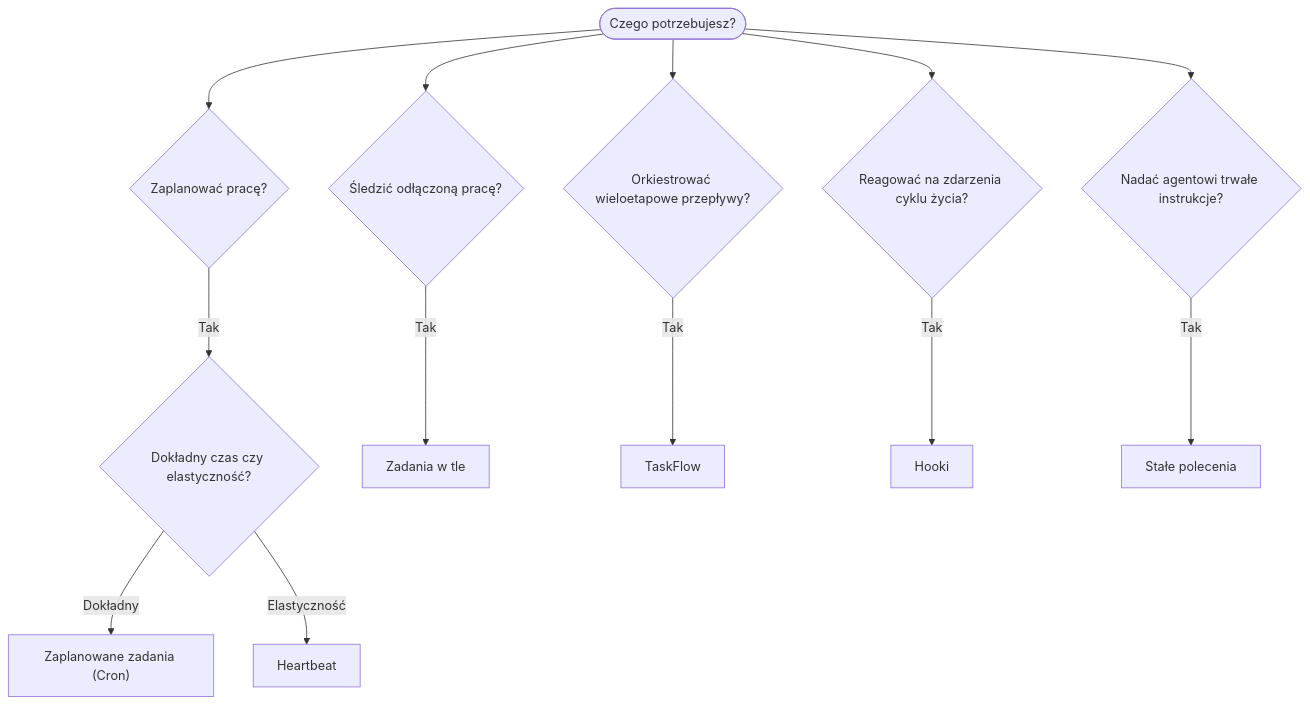
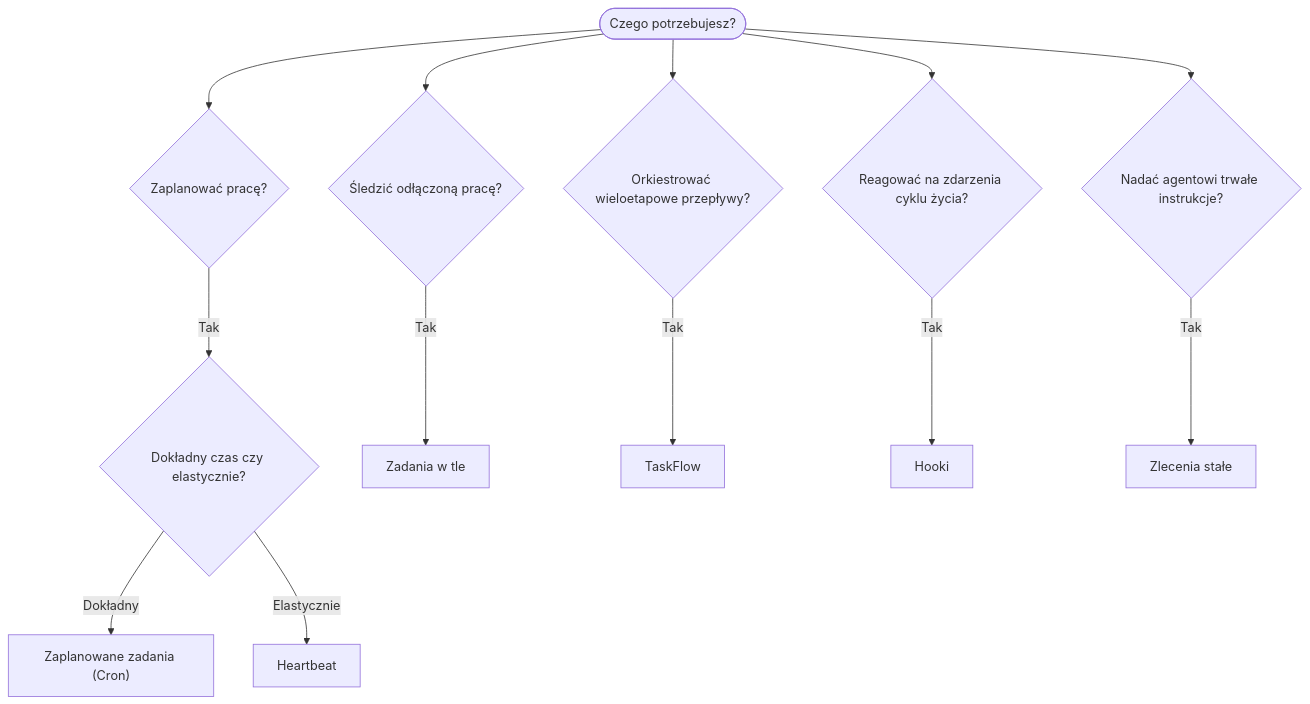
The diagram in docs/pl/automation/index.md (daichangya/openclaw-docs), drawn with Mermaid before and after one commit. The commit also changed other lines of this file and 154 other files, not shown here.

````diff
--- a/docs/pl/automation/index.md
+++ b/docs/pl/automation/index.md
@@ -21,17 +21,17 @@
 ```mermaid
 flowchart TD
     START([Czego potrzebujesz?]) --> Q1{Zaplanować pracę?}
     START --> Q2{Śledzić odłączoną pracę?}
     START --> Q3{Orkiestrować wieloetapowe przepływy?}
     START --> Q4{Reagować na zdarzenia cyklu życia?}
     START --> Q5{Nadać agentowi trwałe instrukcje?}
 
-    Q1 -->|Tak| Q1a{Dokładny czas czy elastyczność?}
+    Q1 -->|Tak| Q1a{Dokładny czas czy elastycznie?}
     Q1a -->|Dokładny| CRON["Zaplanowane zadania (Cron)"]
-    Q1a -->|Elastyczność| HEARTBEAT[Heartbeat]
+    Q1a -->|Elastycznie| HEARTBEAT[Heartbeat]
 
     Q2 -->|Tak| TASKS[Zadania w tle]
     Q3 -->|Tak| FLOW[TaskFlow]
     Q4 -->|Tak| HOOKS[Hooki]
-    Q5 -->|Tak| SO[Stałe polecenia]
+    Q5 -->|Tak| SO[Zlecenia stałe]
 ```
````
